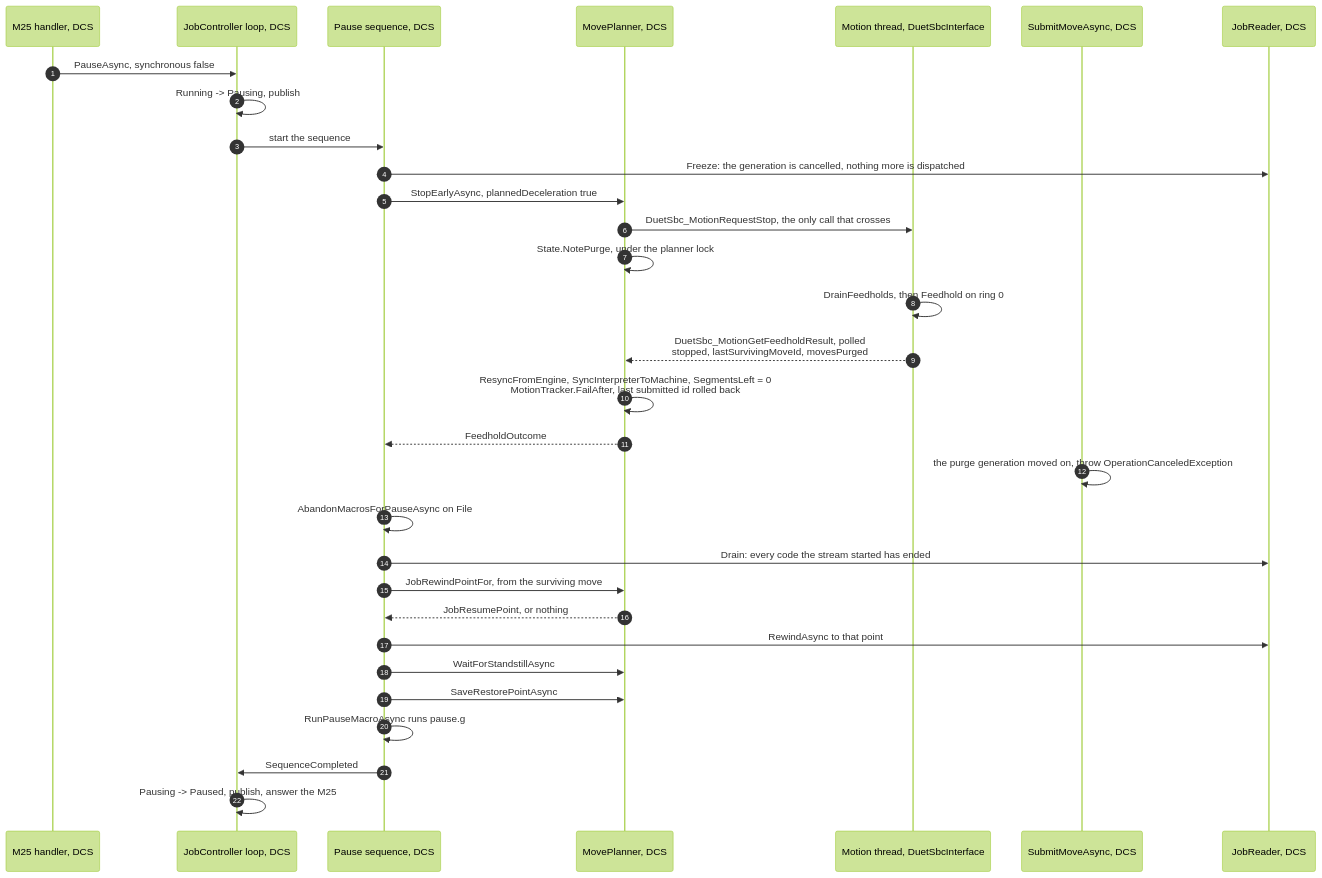
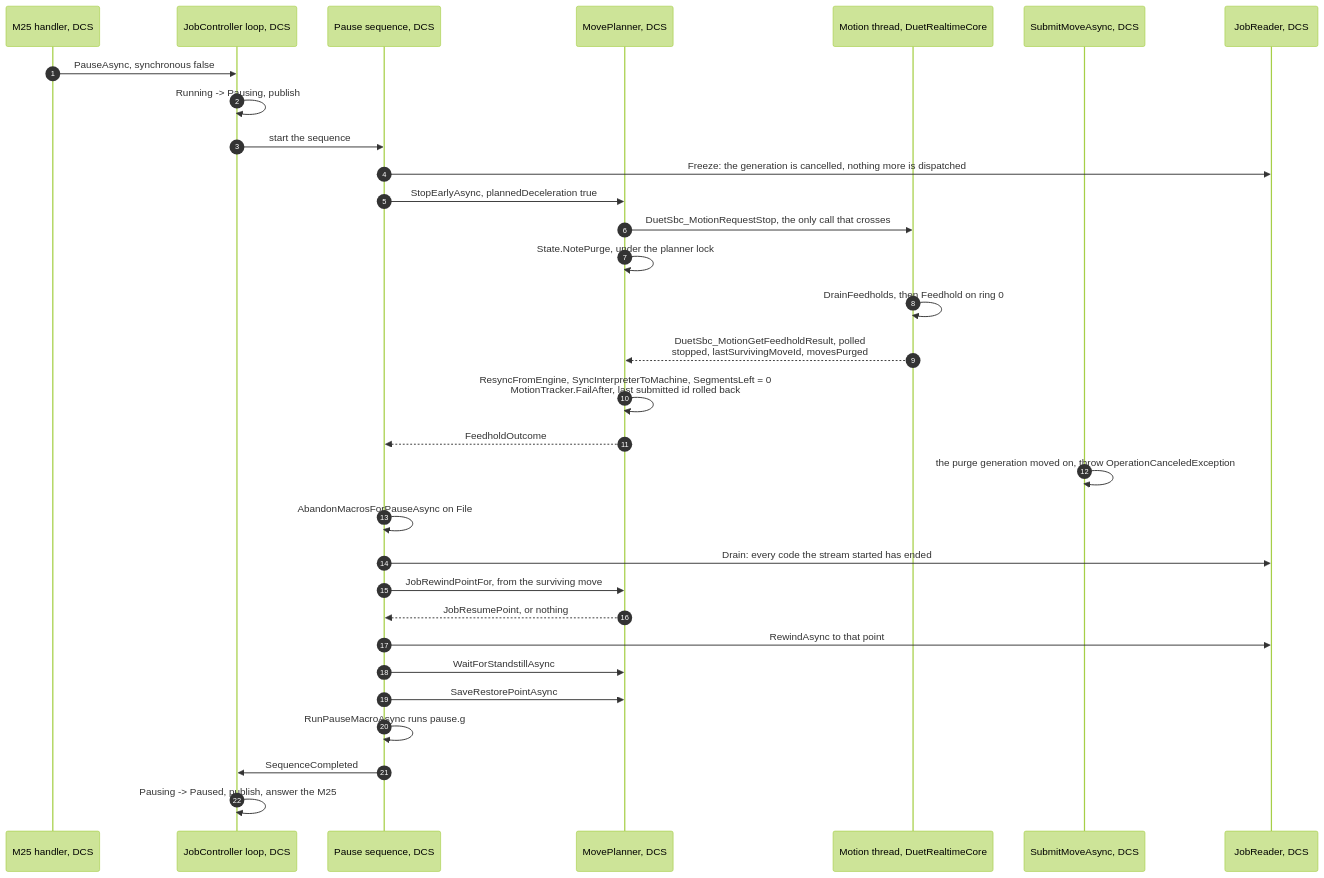
Before and after one commit to Duet3D/DuetSoftwareFramework: the second of 5 diagrams in src/Documentation/articles/pause-and-resume.md, drawn with Mermaid (forest theme). The commit also changed other lines of this file and 154 other files, not shown here.

First line of the commit message:
refactor: rename DuetSbcInterface to DuetRealtimeCore

````diff
--- a/src/Documentation/articles/pause-and-resume.md
+++ b/src/Documentation/articles/pause-and-resume.md
@@ -127,34 +127,34 @@
 ```mermaid
 sequenceDiagram
     autonumber
     participant M as M25 handler, DCS
     participant L as JobController loop, DCS
     participant P as Pause sequence, DCS
     participant PL as MovePlanner, DCS
-    participant E as Motion thread, DuetSbcInterface
+    participant E as Motion thread, DuetRealtimeCore
     participant S as SubmitMoveAsync, DCS
     participant J as JobReader, DCS
 
     M->>L: PauseAsync, synchronous false
     L->>L: Running -> Pausing, publish
     L->>P: start the sequence
     P->>J: Freeze: the generation is cancelled, nothing more is dispatched
     P->>PL: StopEarlyAsync, plannedDeceleration true
     PL->>E: DuetSbc_MotionRequestStop, the only call that crosses
     PL->>PL: State.NotePurge, under the planner lock
     E->>E: DrainFeedholds, then Feedhold on ring 0
     E-->>PL: DuetSbc_MotionGetFeedholdResult, polled<br/>stopped, lastSurvivingMoveId, movesPurged
     PL->>PL: ResyncFromEngine, SyncInterpreterToMachine, SegmentsLeft = 0<br/>MotionTracker.FailAfter, last submitted id rolled back
     PL-->>P: FeedholdOutcome
     S->>S: the purge generation moved on, throw OperationCanceledException
     P->>P: AbandonMacrosForPauseAsync on File
     P->>J: Drain: every code the stream started has ended
     P->>PL: JobRewindPointFor, from the surviving move
     PL-->>P: JobResumePoint, or nothing
     P->>J: RewindAsync to that point
     P->>PL: WaitForStandstillAsync
     P->>PL: SaveRestorePointAsync
     P->>P: RunPauseMacroAsync runs pause.g
     P->>L: SequenceCompleted
     L->>L: Pausing -> Paused, publish, answer the M25
 ```
````
